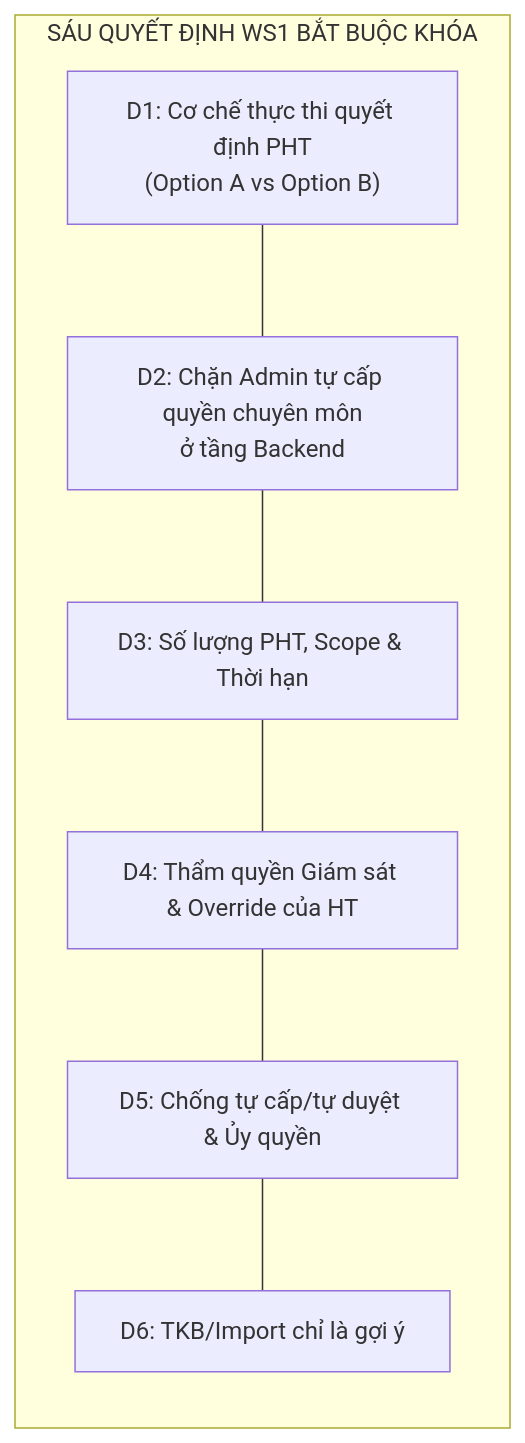
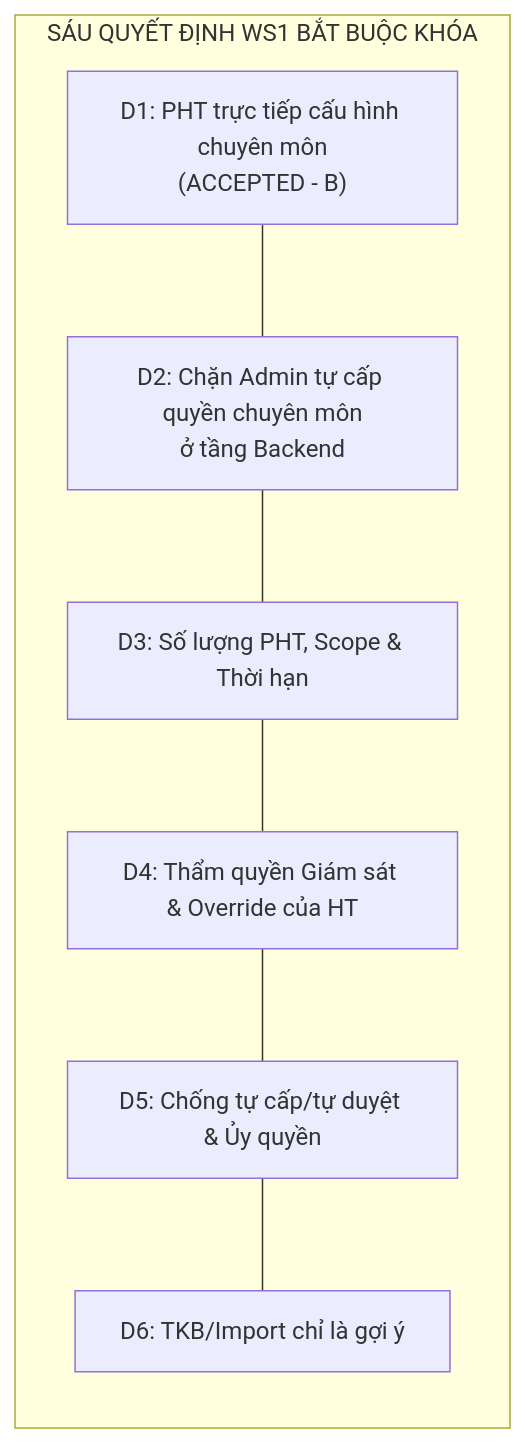
One commit to hvtnguyenson-code/baogiang-damsan changed the second of 4 diagrams in docs/requirements/P5-057-WS1-ACADEMIC-AUTHORITY-DECISION-RECORD-DRAFT.md. Above: the diagram before and after it, drawn with Mermaid. The commit also changed other lines of this file and 3 other files, not shown here.

Commit message:
docs(P5-057): accept D1 option B PHT academic authority

````diff
--- a/docs/requirements/P5-057-WS1-ACADEMIC-AUTHORITY-DECISION-RECORD-DRAFT.md
+++ b/docs/requirements/P5-057-WS1-ACADEMIC-AUTHORITY-DECISION-RECORD-DRAFT.md
@@ -152,13 +153,13 @@
 ```mermaid
 flowchart LR
-    D1["D1: Cơ chế thực thi quyết định PHT\n(Option A vs Option B)"]
+    D1["D1: PHT trực tiếp cấu hình chuyên môn\n(ACCEPTED - B)"]
     D2["D2: Chặn Admin tự cấp quyền chuyên môn\nở tầng Backend"]
     D3["D3: Số lượng PHT, Scope & Thời hạn"]
     D4["D4: Thẩm quyền Giám sát & Override của HT"]
     D5["D5: Chống tự cấp/tự duyệt & Ủy quyền"]
     D6["D6: TKB/Import chỉ là gợi ý"]
 
     subgraph KHUNG_QUYET_DINH["SÁU QUYẾT ĐỊNH WS1 BẮT BUỘC KHÓA"]
         D1 --- D2 --- D3 --- D4 --- D5 --- D6
     end
 ```
````
